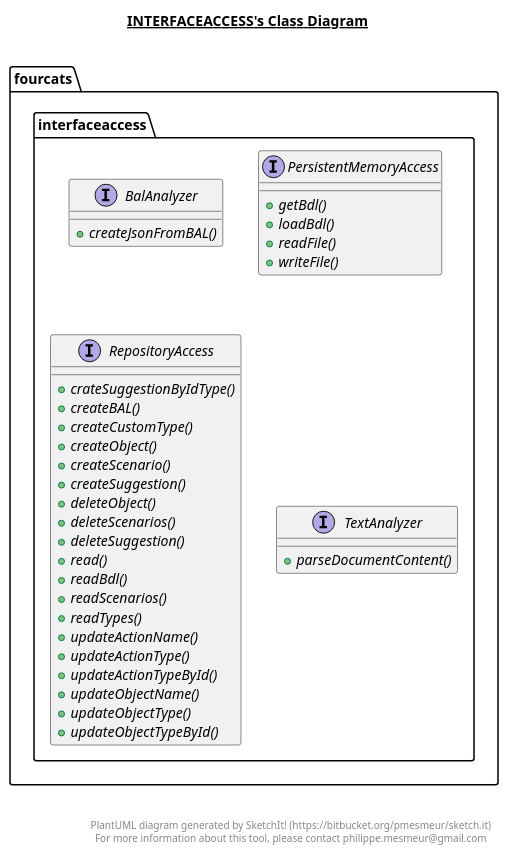
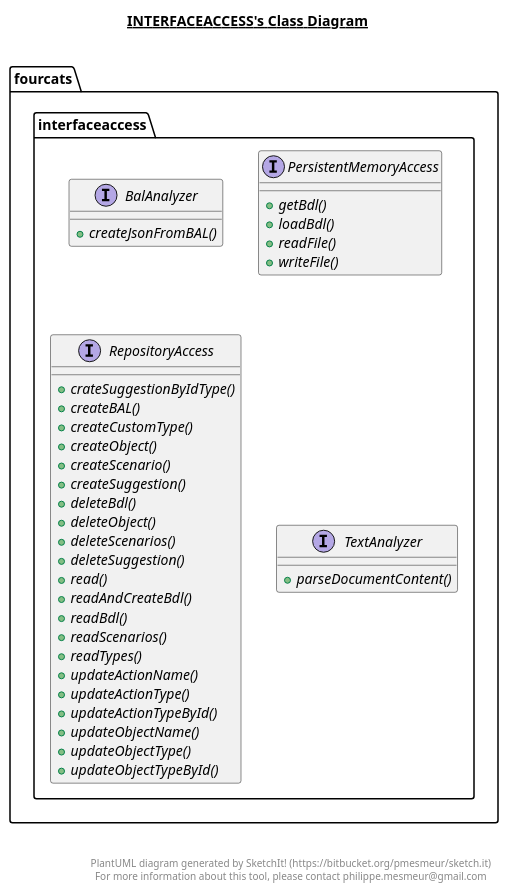
One commit to fourcatsteam/NaturalAPI changed the diagram in NaturalAPI_Design/src/main/java/fourcats/interfaceaccess/InterfaceAccess.plantuml. Above: the diagram before and after it, drawn with PlantUML. The commit also changed 22 other files, not shown here.

```diff
--- a/NaturalAPI_Design/src/main/java/fourcats/interfaceaccess/InterfaceAccess.plantuml
+++ b/NaturalAPI_Design/src/main/java/fourcats/interfaceaccess/InterfaceAccess.plantuml
@@ -1,71 +1,73 @@
 @startuml
 
 title __INTERFACEACCESS's Class Diagram__\n
 
   namespace fourcats {
     namespace interfaceaccess {
       interface fourcats.interfaceaccess.BalAnalyzer {
           {abstract} + createJsonFromBAL()
       }
     }
   }
   
 
   namespace fourcats {
     namespace interfaceaccess {
       interface fourcats.interfaceaccess.PersistentMemoryAccess {
           {abstract} + getBdl()
           {abstract} + loadBdl()
           {abstract} + readFile()
           {abstract} + writeFile()
       }
     }
   }
   
 
   namespace fourcats {
     namespace interfaceaccess {
       interface fourcats.interfaceaccess.RepositoryAccess {
           {abstract} + crateSuggestionByIdType()
           {abstract} + createBAL()
           {abstract} + createCustomType()
           {abstract} + createObject()
           {abstract} + createScenario()
           {abstract} + createSuggestion()
+          {abstract} + deleteBdl()
           {abstract} + deleteObject()
           {abstract} + deleteScenarios()
           {abstract} + deleteSuggestion()
           {abstract} + read()
+          {abstract} + readAndCreateBdl()
           {abstract} + readBdl()
           {abstract} + readScenarios()
           {abstract} + readTypes()
           {abstract} + updateActionName()
           {abstract} + updateActionType()
           {abstract} + updateActionTypeById()
           {abstract} + updateObjectName()
           {abstract} + updateObjectType()
           {abstract} + updateObjectTypeById()
       }
     }
   }
   
 
   namespace fourcats {
     namespace interfaceaccess {
       interface fourcats.interfaceaccess.TextAnalyzer {
           {abstract} + parseDocumentContent()
       }
     }
   }
   
 
 
 
 right footer
 
 
 PlantUML diagram generated by SketchIt! (https://bitbucket.org/pmesmeur/sketch.it)
 For more information about this tool, please contact philippe.mesmeur@gmail.com
 endfooter
 
 @enduml
```
